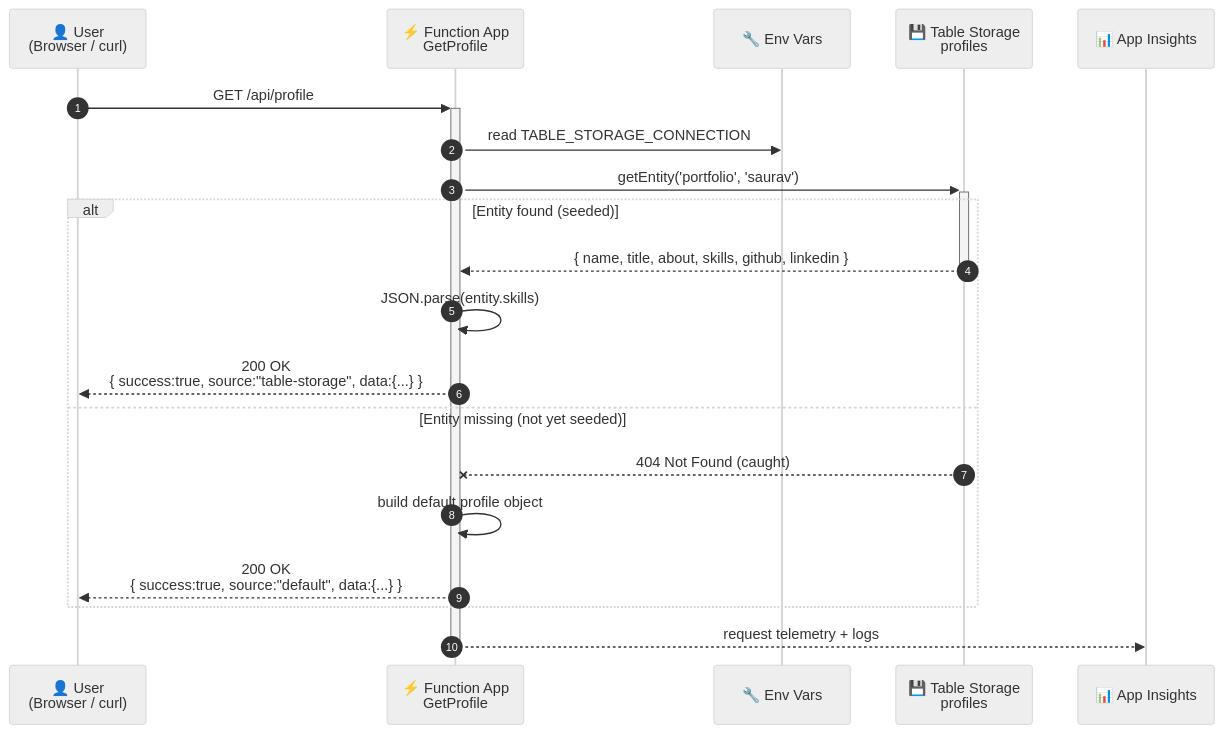
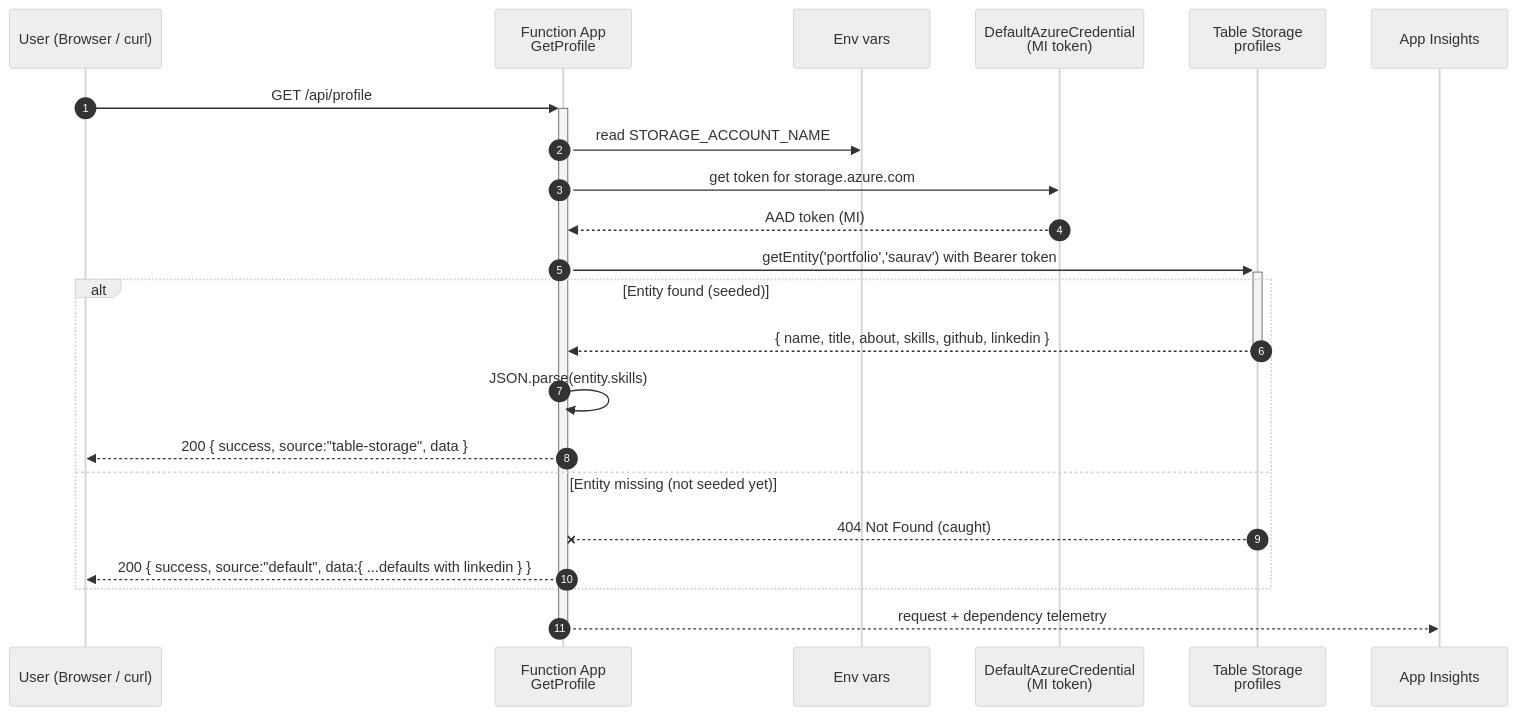
Before and after one commit to ganguly298/Portfolio-project: the third of 8 diagrams in README.md, drawn with Mermaid (neutral theme). The commit also changed other lines of this file and 13 other files, not shown here.

First line of the commit message:
added flex consumption function app + MI  (#1)

````diff
--- a/README.md
+++ b/README.md
@@ -330,24 +343,26 @@
 ```mermaid
 sequenceDiagram
     autonumber
-    participant U as 👤 User<br/>(Browser / curl)
-    participant F as ⚡ Function App<br/>GetProfile
-    participant E as 🔧 Env Vars
-    participant T as 💾 Table Storage<br/>profiles
-    participant AI as 📊 App Insights
+    participant U as User (Browser / curl)
+    participant F as Function App<br/>GetProfile
+    participant E as Env vars
+    participant Cred as DefaultAzureCredential<br/>(MI token)
+    participant T as Table Storage<br/>profiles
+    participant AI as App Insights
 
     U->>+F: GET /api/profile
-    F->>E: read TABLE_STORAGE_CONNECTION
-    F->>+T: getEntity('portfolio', 'saurav')
+    F->>E: read STORAGE_ACCOUNT_NAME
+    F->>Cred: get token for storage.azure.com
+    Cred-->>F: AAD token (MI)
+    F->>+T: getEntity('portfolio','saurav') with Bearer token
     alt Entity found (seeded)
         T-->>-F: { name, title, about, skills, github, linkedin }
         F->>F: JSON.parse(entity.skills)
-        F-->>U: 200 OK<br/>{ success:true, source:"table-storage", data:{...} }
-    else Entity missing (not yet seeded)
+        F-->>U: 200 { success, source:"table-storage", data }
+    else Entity missing (not seeded yet)
         T--xF: 404 Not Found (caught)
-        F->>F: build default profile object
-        F-->>U: 200 OK<br/>{ success:true, source:"default", data:{...} }
+        F-->>U: 200 { success, source:"default", data:{ ...defaults with linkedin } }
     end
-    F-->>AI: request telemetry + logs
+    F-->>AI: request + dependency telemetry
     deactivate F
 ```
````
